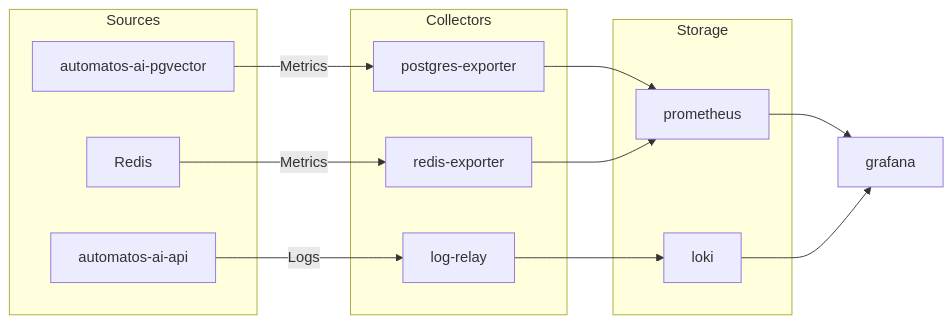
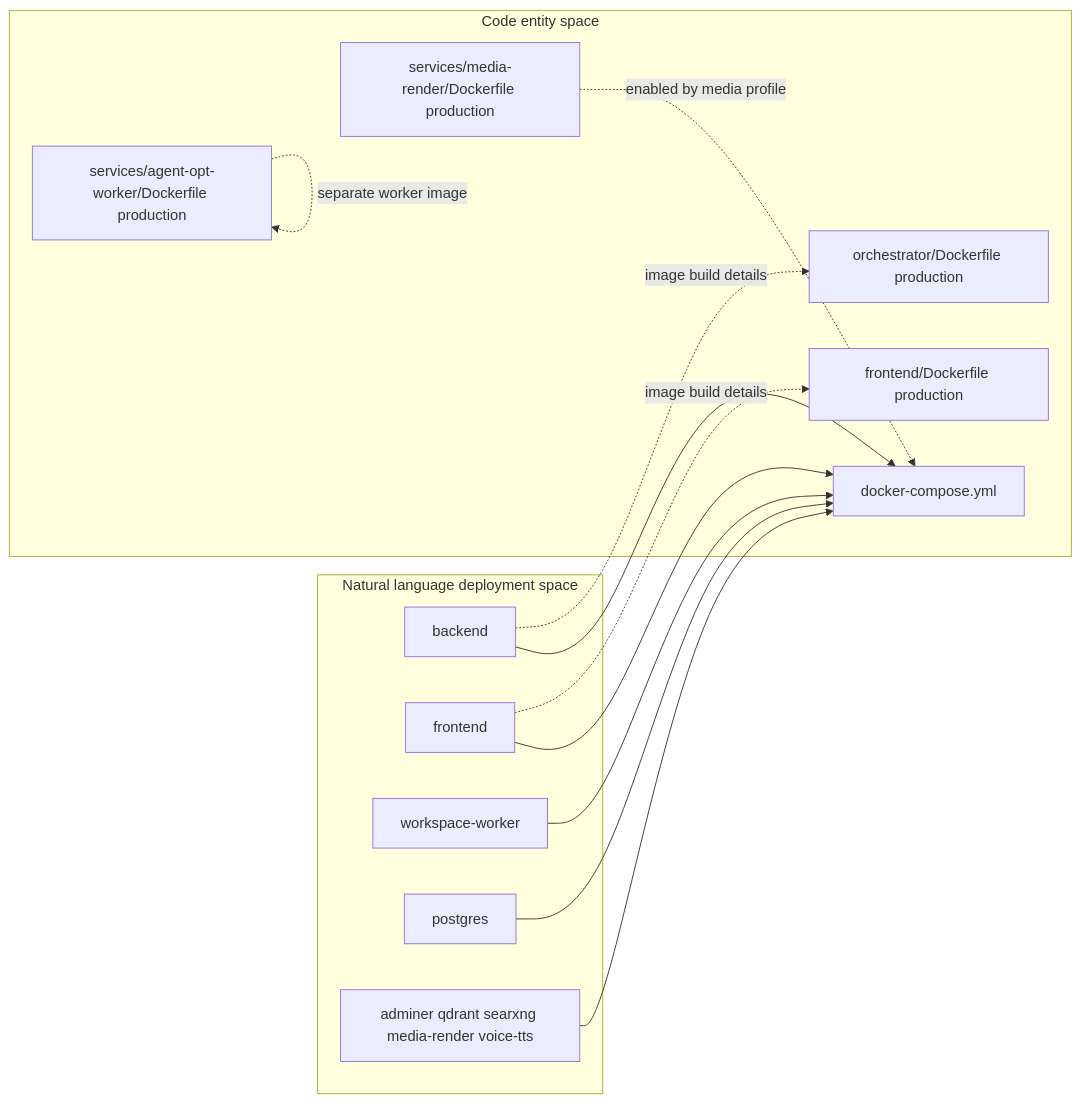
Before and after one commit to AutomatosAI/automatos-ai: the first of 2 diagrams in docs/deployment-infrastructure/production-deployment.md, drawn with Mermaid. The commit also changed other lines of this file and 188 other files, not shown here.

First line of the commit message:
docs: refresh architecture docs and add coverage for new subsystems (#1416)

````diff
--- a/docs/deployment-infrastructure/production-deployment.md
+++ b/docs/deployment-infrastructure/production-deployment.md
@@ -128,30 +50,28 @@
 ```mermaid
-graph LR
-    subgraph "Sources"
-        API["automatos-ai-api"]
-        DB["automatos-ai-pgvector"]
-        RED["Redis"]
+flowchart LR
+    subgraph "Natural language deployment space"
+        Backend["backend"]
+        Frontend["frontend"]
+        WorkspaceWorker["workspace-worker"]
+        Postgres["postgres"]
+        OptionalServices["adminer qdrant searxng media-render voice-tts"]
     end
 
-    subgraph "Collectors"
-        P_EXP["postgres-exporter"]
-        R_EXP["redis-exporter"]
-        LR["log-relay"]
+    subgraph "Code entity space"
+        Compose["docker-compose.yml"]
+        OrchestratorImage["orchestrator/Dockerfile production"]
+        FrontendImage["frontend/Dockerfile production"]
+        MediaImage["services/media-render/Dockerfile production"]
+        AgentOptImage["services/agent-opt-worker/Dockerfile production"]
     end
 
-    subgraph "Storage"
-        PROM["prometheus"]
-        LOKI["loki"]
-    end
-
-    API -- "Logs" --> LR
-    DB -- "Metrics" --> P_EXP
-    RED -- "Metrics" --> R_EXP
-    
-    P_EXP --> PROM
-    R_EXP --> PROM
-    LR --> LOKI
-    
-    PROM --> GRAF["grafana"]
-    LOKI --> GRAF
+    Backend --> Compose
+    Frontend --> Compose
+    WorkspaceWorker --> Compose
+    Postgres --> Compose
+    OptionalServices --> Compose
+    Backend -. "image build details" .-> OrchestratorImage
+    Frontend -. "image build details" .-> FrontendImage
+    MediaImage -. "enabled by media profile" .-> Compose
+    AgentOptImage -. "separate worker image" .-> AgentOptImage
 ```
````
